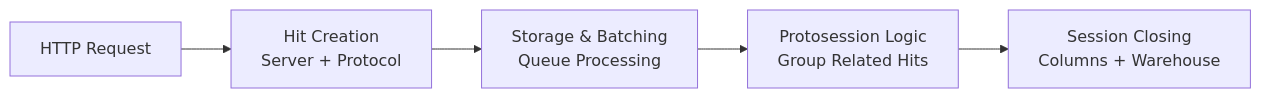
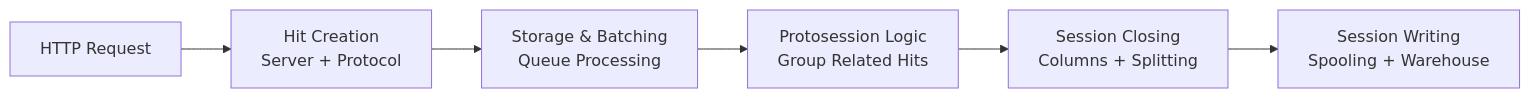
The first of 8 diagrams in docs/docs/articles/technical-deep-dive.md (d8a-tech/d8a), drawn with Mermaid before and after one commit. The commit also changed other lines of this file and 39 other files, not shown here.

````diff
--- a/docs/docs/articles/technical-deep-dive.md
+++ b/docs/docs/articles/technical-deep-dive.md
@@ -39,7 +37,8 @@
 ```mermaid
 flowchart LR
     A[HTTP Request] --> B[Hit Creation<br/>Server + Protocol]
     B --> C[Storage & Batching<br/>Queue Processing]
     C --> D[Protosession Logic<br/>Group Related Hits]
-    D --> E[Session Closing<br/>Columns + Warehouse]
+    D --> E[Session Closing<br/>Columns + Splitting]
+    E --> F[Session Writing<br/>Spooling + Warehouse]
 ```
````
